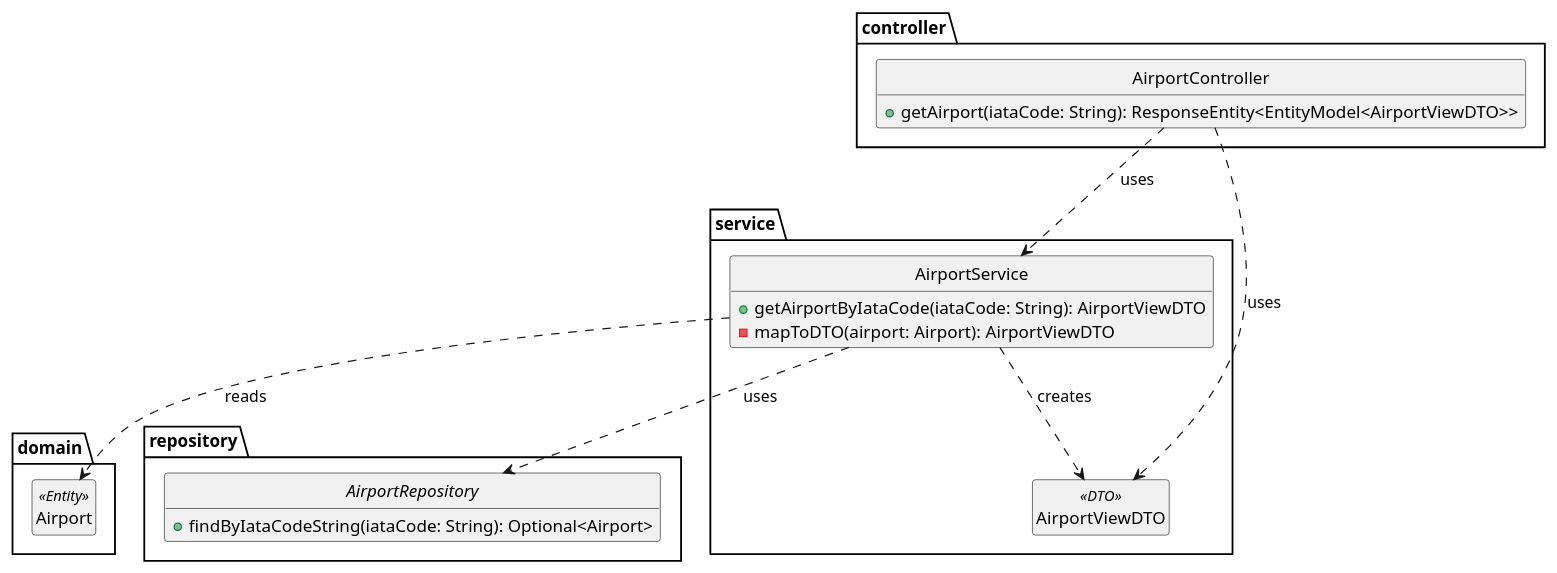
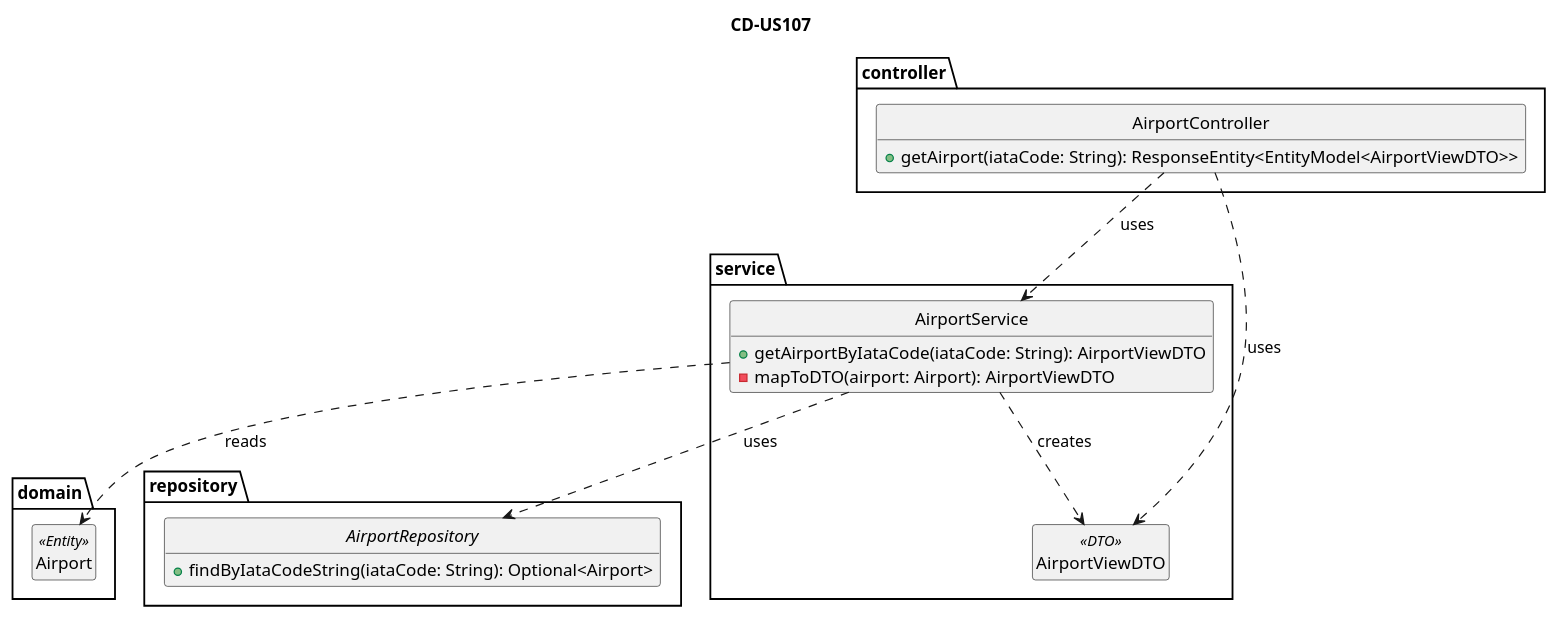
Before and after one commit to anamartasilvaa/PSOFT_AISafe_Flight: the diagram in docs/WP#2A-Airports/US107/US107-CD.puml, drawn with PlantUML. The commit also changed 39 other files, not shown here.

Commit message:
Títulos nos diagramas

```diff
--- a/docs/WP#2A-Airports/US107/US107-CD.puml
+++ b/docs/WP#2A-Airports/US107/US107-CD.puml
@@ -1,34 +1,35 @@
 @startuml
 skinparam style strictuml
 hide empty members
+title CD-US107
 
 package controller {
     class AirportController {
         + getAirport(iataCode: String): ResponseEntity<EntityModel<AirportViewDTO>>
     }
 }
 
 package service {
     class AirportService {
         + getAirportByIataCode(iataCode: String): AirportViewDTO
         - mapToDTO(airport: Airport): AirportViewDTO
     }
     class AirportViewDTO <<DTO>>
 }
 
 package domain {
     class Airport <<Entity>>
 }
 
 package repository {
     interface AirportRepository {
         + findByIataCodeString(iataCode: String): Optional<Airport>
     }
 }
 
 AirportController ..> AirportService : uses
 AirportController ..> AirportViewDTO : uses
 AirportService ..> AirportRepository : uses
 AirportService ..> AirportViewDTO : creates
 AirportService ..> Airport : reads
 @enduml
```
